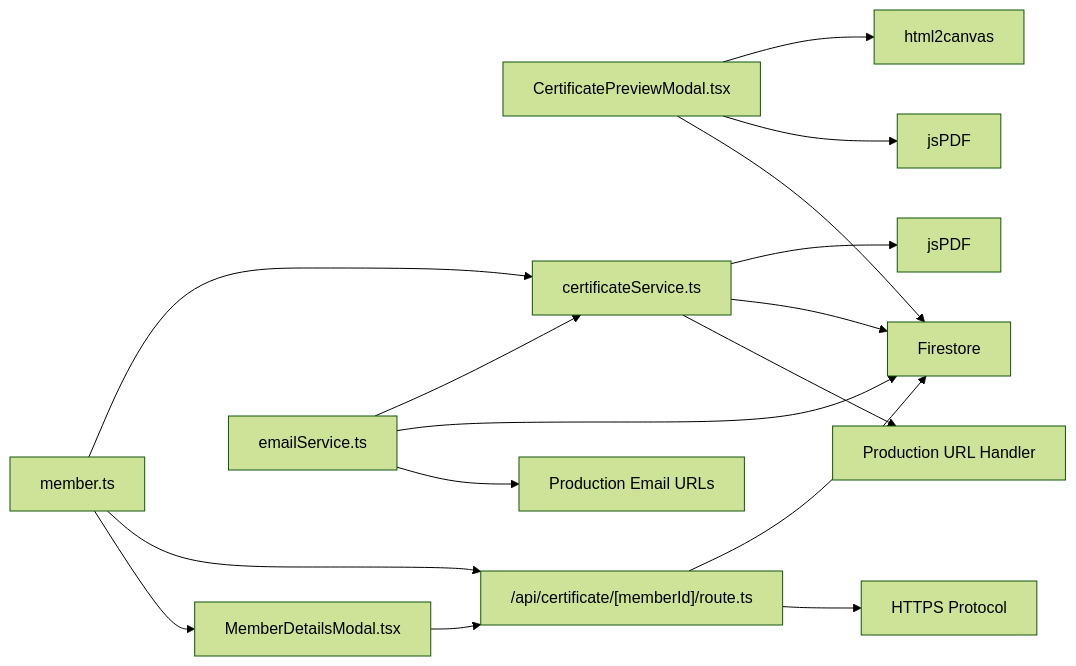
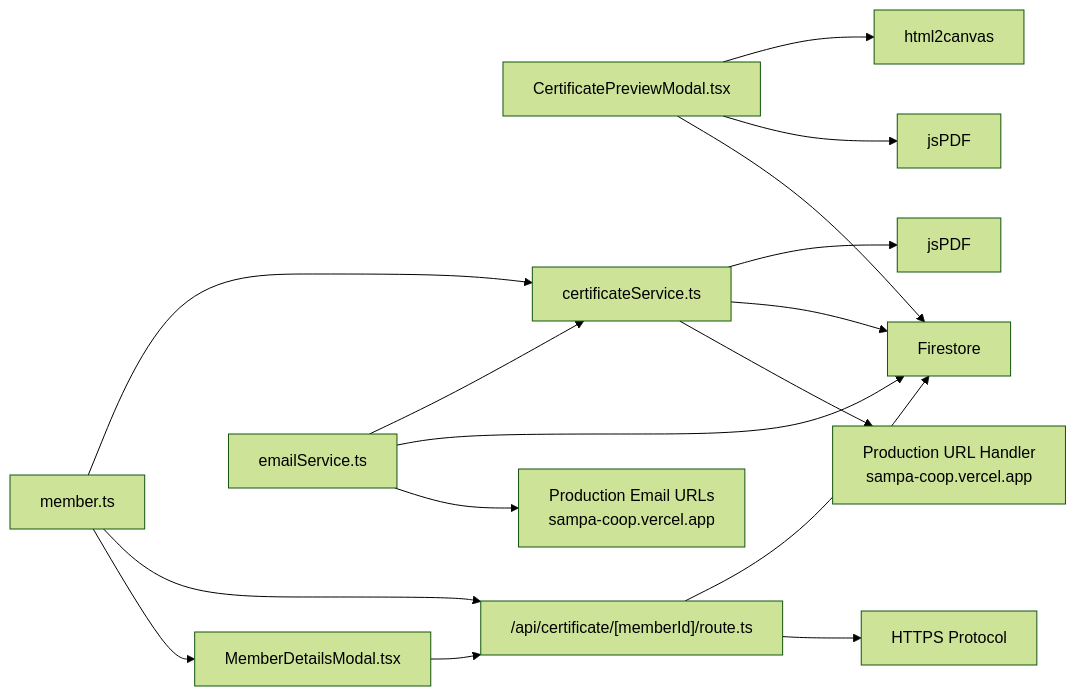
The seventh of 7 diagrams in .qoder/repowiki/en/content/Email & Notification System/Certificate Generation System.md (Unsure-bry/sampacoop_system), drawn with Mermaid (forest theme) before and after one commit. The commit also changed other lines of this file and 3 other files, not shown here.

````diff
--- a/.qoder/repowiki/en/content/Email & Notification System/Certificate Generation System.md
+++ b/.qoder/repowiki/en/content/Email & Notification System/Certificate Generation System.md
@@ -505,18 +506,18 @@
 ```mermaid
 graph LR
 Preview["CertificatePreviewModal.tsx"] --> HTML2["html2canvas"]
 Preview --> JSPDF["jsPDF"]
 Preview --> FS["Firestore"]
 Service["certificateService.ts"] --> JS["jsPDF"]
 Service --> FS
-Service --> ProdURL["Production URL Handler"]
+Service --> ProdURL["Production URL Handler<br/>sampa-coop.vercel.app"]
 API["/api/certificate/[memberId]/route.ts"] --> FS
 API --> HTTPS["HTTPS Protocol"]
 MemberDetails["MemberDetailsModal.tsx"] --> API
 Email["emailService.ts"] --> Service
 Email --> FS
-Email --> ProdEmail["Production Email URLs"]
+Email --> ProdEmail["Production Email URLs<br/>sampa-coop.vercel.app"]
 Types["member.ts"] --> Service
 Types --> API
 Types --> MemberDetails
 ```
````
